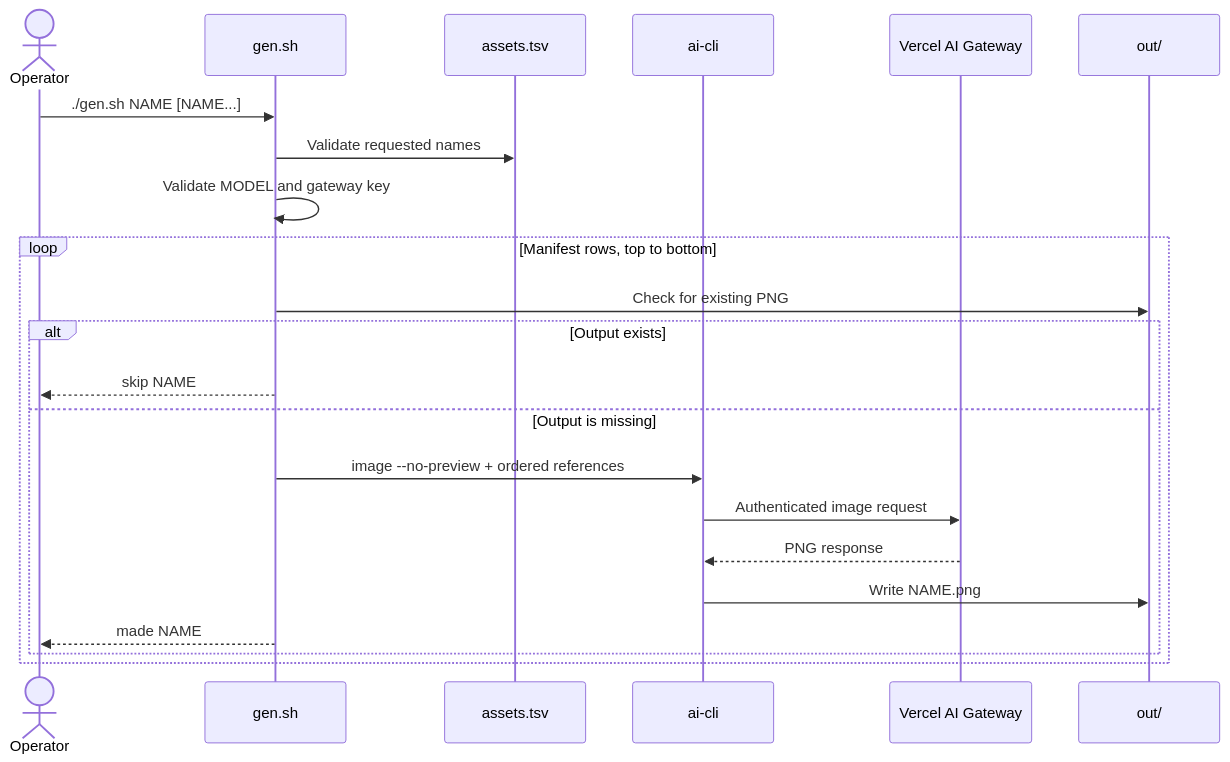
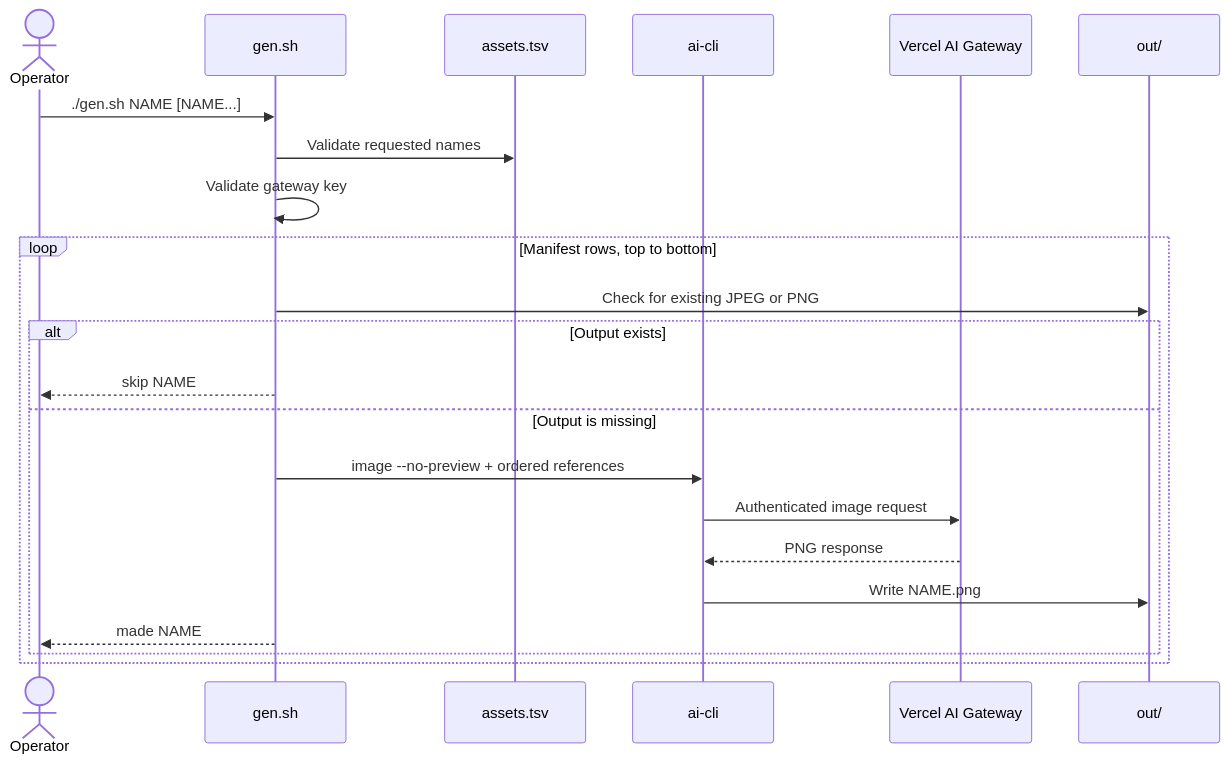
Before and after one commit to VortiMedia/asset-foundry: the third of 3 diagrams in docs/architecture.md, drawn with Mermaid. The commit also changed other lines of this file and 12 other files, not shown here.

````diff
--- a/docs/architecture.md
+++ b/docs/architecture.md
@@ -74,25 +100,25 @@
 ```mermaid
 sequenceDiagram
     actor Operator
     participant Script as gen.sh
     participant Manifest as assets.tsv
     participant CLI as ai-cli
     participant Gateway as Vercel AI Gateway
     participant Output as out/
 
     Operator->>Script: ./gen.sh NAME [NAME...]
     Script->>Manifest: Validate requested names
-    Script->>Script: Validate MODEL and gateway key
+    Script->>Script: Validate gateway key
     loop Manifest rows, top to bottom
-        Script->>Output: Check for existing PNG
+        Script->>Output: Check for existing JPEG or PNG
         alt Output exists
             Script-->>Operator: skip NAME
         else Output is missing
             Script->>CLI: image --no-preview + ordered references
             CLI->>Gateway: Authenticated image request
             Gateway-->>CLI: PNG response
             CLI->>Output: Write NAME.png
             Script-->>Operator: made NAME
         end
     end
 ```
````
